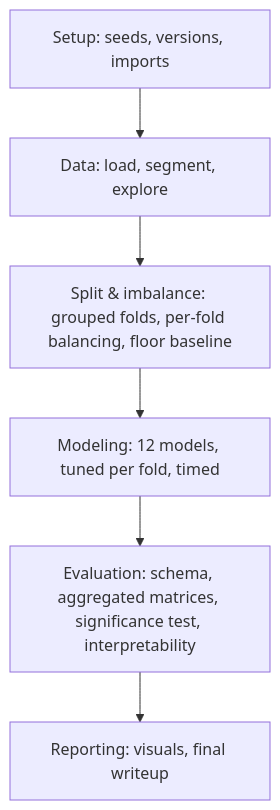
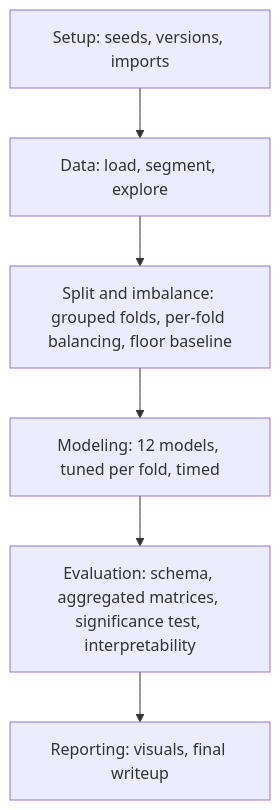
One commit to Bhuknuu/DL-for-Arrhythmia-Heartbeat-Detection changed the diagram in README.md. Above: the diagram before and after it, drawn with Mermaid. The commit also changed other lines of this file, not shown here.

````diff
--- a/README.md
+++ b/README.md
@@ -29,8 +31,8 @@
 ```mermaid
 flowchart TD
     P1[Setup: seeds, versions, imports] --> P2[Data: load, segment, explore]
-    P2 --> P3[Split & imbalance: grouped folds, per-fold balancing, floor baseline]
+    P2 --> P3[Split and imbalance: grouped folds, per-fold balancing, floor baseline]
     P3 --> P4[Modeling: 12 models, tuned per fold, timed]
     P4 --> P5[Evaluation: schema, aggregated matrices, significance test, interpretability]
     P5 --> P6[Reporting: visuals, final writeup]
 ```
````
